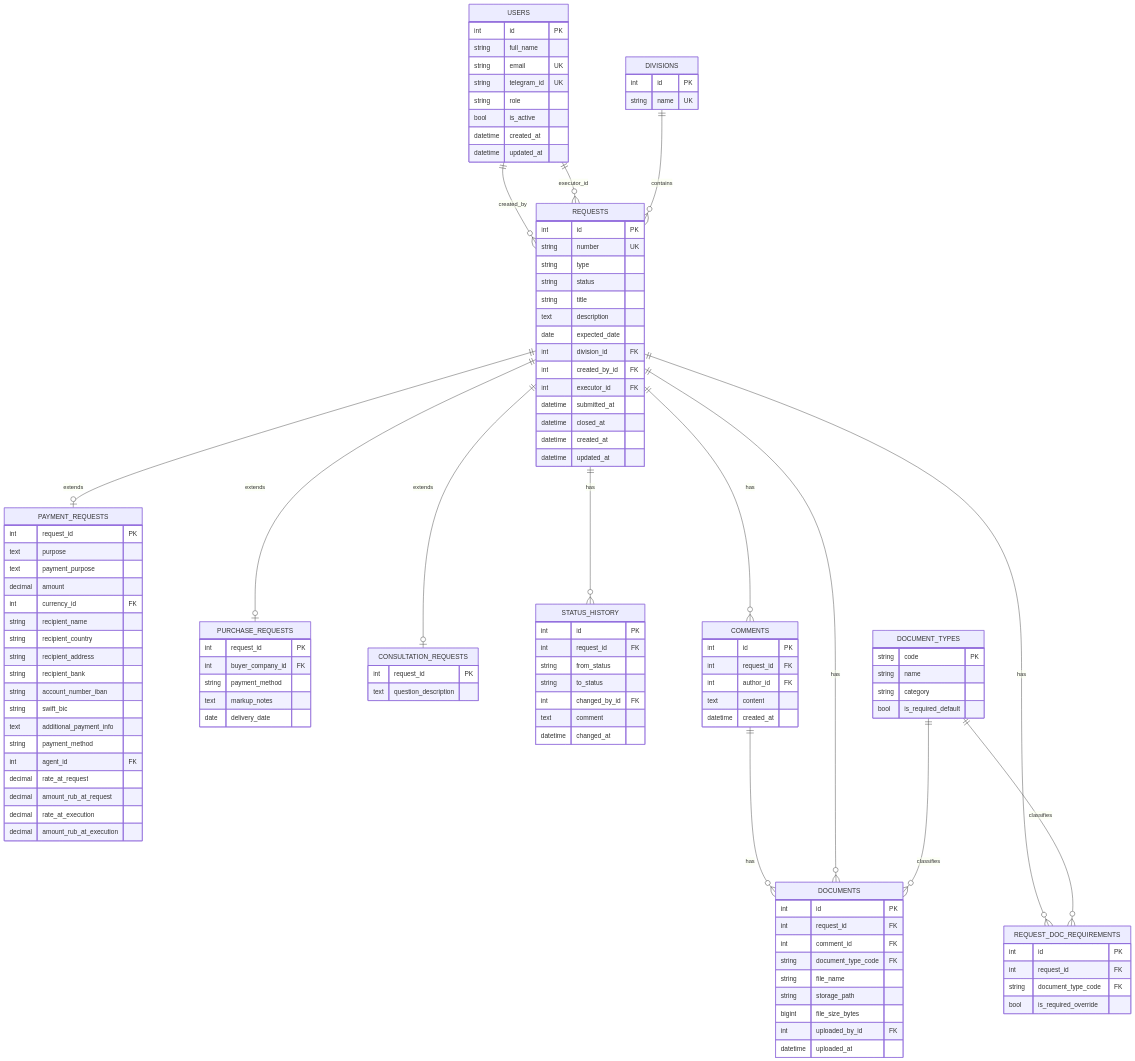
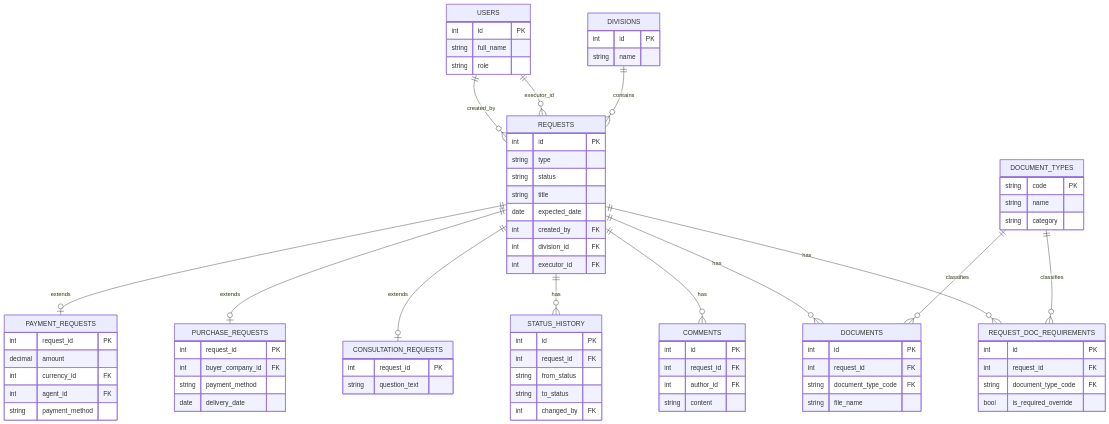
The first of 2 diagrams in 06. Данные/ER модель.md (srg888/PayTracker_Vault), drawn with Mermaid before and after one commit. The commit also changed other lines of this file and 5 other files, not shown here.

```diff
--- a/06. Данные/ER модель.md
+++ b/06. Данные/ER модель.md
@@ -18,7 +16,6 @@
   REQUESTS ||--o| CONSULTATION_REQUESTS : extends
   REQUESTS ||--o{ STATUS_HISTORY : has
   REQUESTS ||--o{ COMMENTS : has
-  COMMENTS ||--o{ DOCUMENTS : has
   REQUESTS ||--o{ DOCUMENTS : has
   REQUESTS ||--o{ REQUEST_DOC_REQUIREMENTS : has
   DOCUMENT_TYPES ||--o{ DOCUMENTS : classifies
@@ -27,96 +24,62 @@
   USERS {
     int id PK
     string full_name
-    string email UK
-    string telegram_id UK
     string role
-    bool is_active
-    datetime created_at
-    datetime updated_at
   }
   DIVISIONS {
     int id PK
-    string name UK
+    string name
   }
   REQUESTS {
     int id PK
-    string number UK
     string type
     string status
     string title
-    text description
     date expected_date
+    int created_by FK
     int division_id FK
-    int created_by_id FK
     int executor_id FK
-    datetime submitted_at
-    datetime closed_at
-    datetime created_at
-    datetime updated_at
   }
   PAYMENT_REQUESTS {
     int request_id PK
-    text purpose
-    text payment_purpose
     decimal amount
     int currency_id FK
-    string recipient_name
-    string recipient_country
-    string recipient_address
-    string recipient_bank
-    string account_number_iban
-    string swift_bic
-    text additional_payment_info
+    int agent_id FK
     string payment_method
-    int agent_id FK
-    decimal rate_at_request
-    decimal amount_rub_at_request
-    decimal rate_at_execution
-    decimal amount_rub_at_execution
   }
   PURCHASE_REQUESTS {
     int request_id PK
     int buyer_company_id FK
     string payment_method
-    text markup_notes
     date delivery_date
   }
   CONSULTATION_REQUESTS {
     int request_id PK
-    text question_description
+    string question_text
   }
   STATUS_HISTORY {
     int id PK
     int request_id FK
     string from_status
     string to_status
-    int changed_by_id FK
-    text comment
-    datetime changed_at
+    int changed_by FK
   }
   COMMENTS {
     int id PK
     int request_id FK
     int author_id FK
-    text content
-    datetime created_at
+    string content
   }
   DOCUMENT_TYPES {
     string code PK
     string name
     string category
-    bool is_required_default
   }
   DOCUMENTS {
     int id PK
     int request_id FK
-    int comment_id FK
     string document_type_code FK
     string file_name
-    string storage_path
-    bigint file_size_bytes
-    int uploaded_by_id FK
-    datetime uploaded_at
   }
   REQUEST_DOC_REQUIREMENTS {
     int id PK
```
